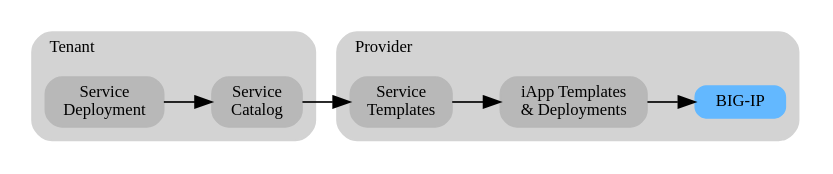
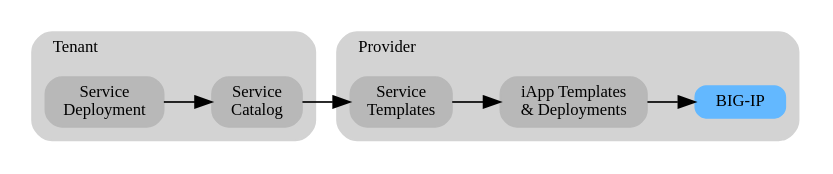
The diagram in docs/class1/module1/module1.rst (f5devcentral/f5-automation-labs), drawn with Graphviz before and after one commit. The commit also changed other lines of this file and 20 other files, not shown here.

Commit message:
Improve quality of rendered images/graphs

```diff
--- a/docs/class1/module1/module1.rst
+++ b/docs/class1/module1/module1.rst
@@ -6,28 +6,27 @@
 .. graphviz::
 
    digraph breadcrumb {
       rankdir="LR"
       ranksep=.4
-      node [fontsize=10,style="rounded,filled",shape=box,color=gray72,margin="0.05,0.05",height=0.1] 
-      fontname = "arial-bold" 
+      node [fontsize=10,style="rounded,filled",shape=box,color=gray72,margin="0.05,0.05",height=0.1]
       fontsize = 10
       labeljust="l"
       subgraph cluster_provider {
          style = "rounded,filled"
          color = lightgrey
          height = .75
          label = "Provider"
          bigip [label="BIG-IP",color="steelblue1"]
          iapps [label="iApp Templates&#92;n& Deployments"]
          iwf_templates [label="Service&#92;nTemplates"]
       }
       subgraph cluster_tenant {
          style = "rounded,filled"
          color = lightgrey
          height = .75
          label = "Tenant"
          iwf_catalog [label="Service&#92;nCatalog"]
          iwf_deploy [label="Service&#92;nDeployment"]
       }
       iwf_deploy -> iwf_catalog -> iwf_templates -> iapps -> bigip
    }
```
